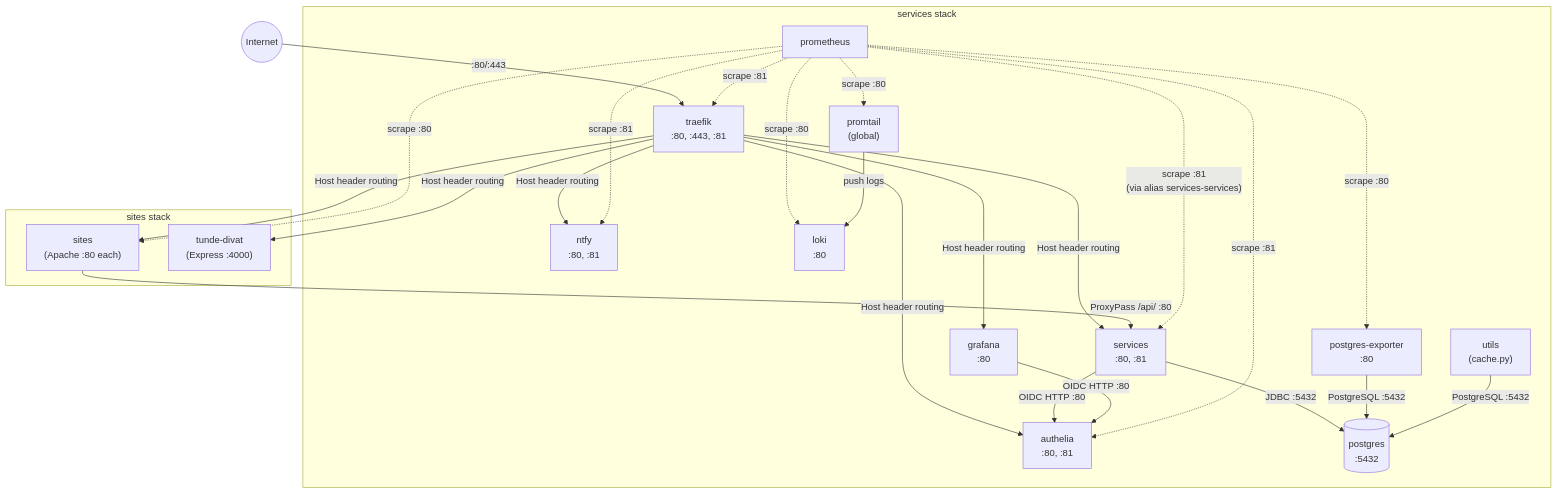
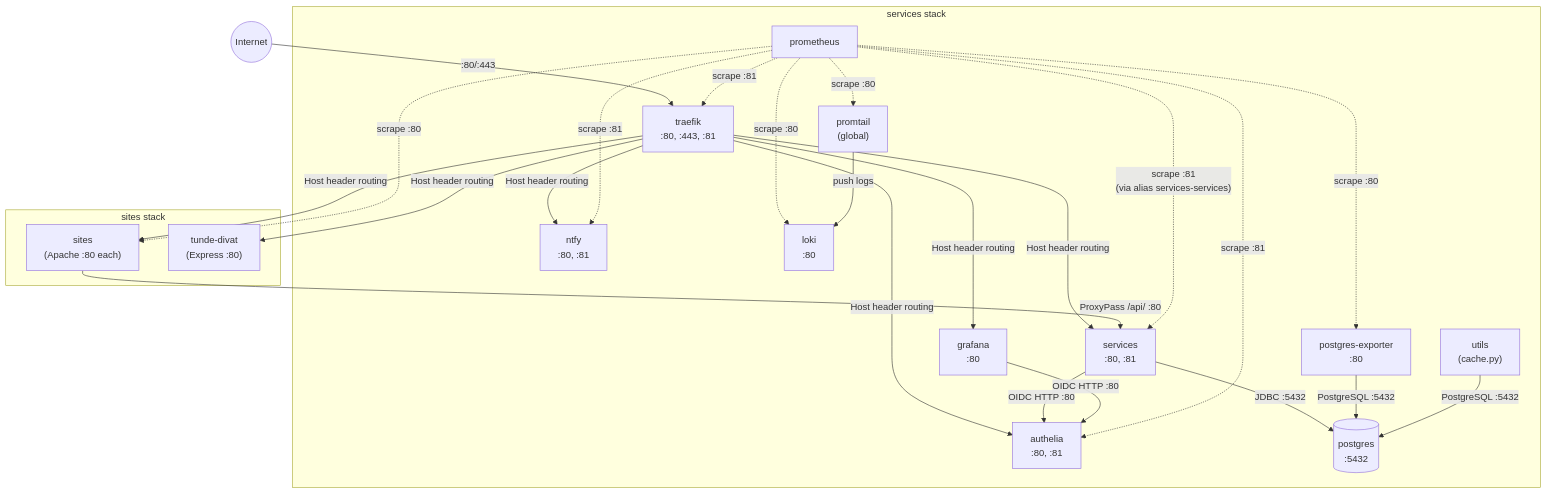
The diagram in prompts/outsideworx/networking.md (outsideworx/.kiro), drawn with Mermaid before and after one commit. The commit also changed other lines of this file and 7 other files, not shown here.

Commit message:
Documented Tunde divat.

````diff
--- a/prompts/outsideworx/networking.md
+++ b/prompts/outsideworx/networking.md
@@ -102,49 +102,49 @@
 ```mermaid
 graph TB
     Internet((Internet))
 
     subgraph services stack
         traefik["traefik\n:80, :443, :81"]
         authelia["authelia\n:80, :81"]
         grafana["grafana\n:80"]
         ntfy["ntfy\n:80, :81"]
         services["services\n:80, :81"]
         postgres[("postgres\n:5432")]
         postgres_exporter["postgres-exporter\n:80"]
         utils["utils\n(cache.py)"]
         prometheus["prometheus"]
         promtail["promtail\n(global)"]
         loki["loki\n:80"]
     end
 
     subgraph sites stack
         sites["sites\n(Apache :80 each)"]
-        tunde["tunde-divat\n(Express :4000)"]
+        tunde["tunde-divat\n(Express :80)"]
     end
 
     Internet -->|":80/:443"| traefik
     traefik -->|"Host header routing"| authelia
     traefik -->|"Host header routing"| grafana
     traefik -->|"Host header routing"| ntfy
     traefik -->|"Host header routing"| services
     traefik -->|"Host header routing"| sites
     traefik -->|"Host header routing"| tunde
 
     services -->|"JDBC :5432"| postgres
     services -->|"OIDC HTTP :80"| authelia
     grafana -->|"OIDC HTTP :80"| authelia
     sites -->|"ProxyPass /api/ :80"| services
     postgres_exporter -->|"PostgreSQL :5432"| postgres
     utils -->|"PostgreSQL :5432"| postgres
 
     prometheus -.->|"scrape :81"| authelia
     prometheus -.->|"scrape :80"| loki
     prometheus -.->|"scrape :81"| ntfy
     prometheus -.->|"scrape :80"| postgres_exporter
     prometheus -.->|"scrape :80"| promtail
     prometheus -.->|"scrape :81\n(via alias services-services)"| services
     prometheus -.->|"scrape :81"| traefik
     prometheus -.->|"scrape :80"| sites
 
     promtail -->|"push logs"| loki
 ```
````
